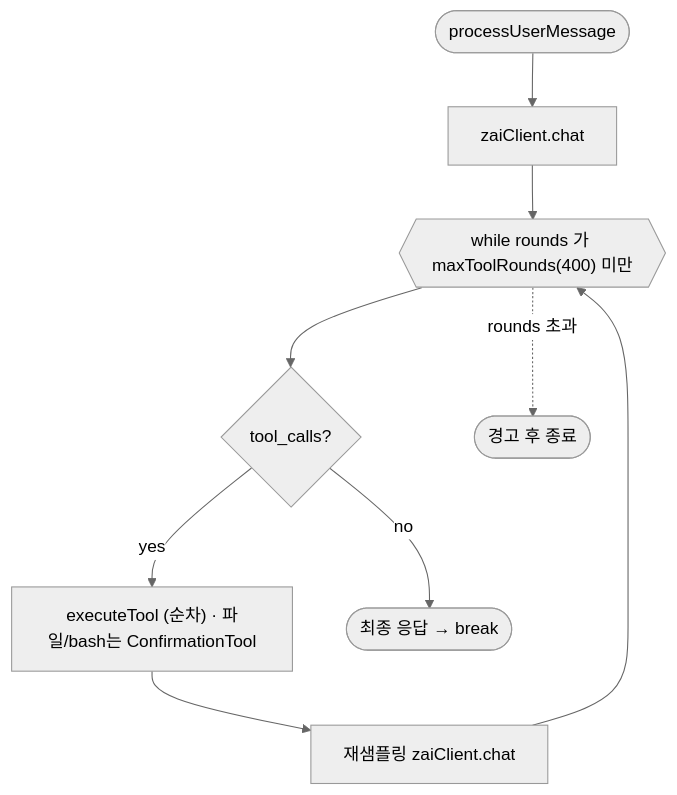
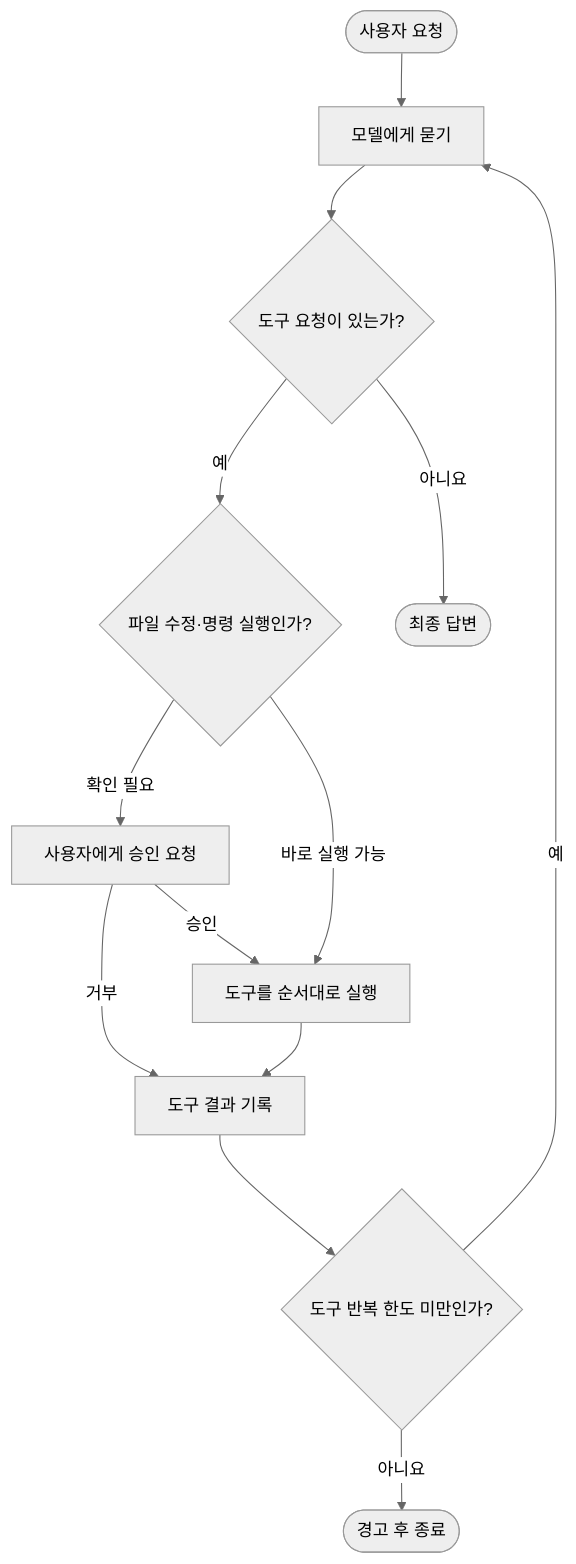
The first of 2 diagrams in turnloop/zai-glm-cli.md (hikaMaeng/agentreport), drawn with Mermaid (neutral theme) before and after one commit. The commit also changed other lines of this file and 6 other files, not shown here.

````diff
--- a/turnloop/zai-glm-cli.md
+++ b/turnloop/zai-glm-cli.md
@@ -87,10 +17,15 @@
 ```mermaid
 flowchart TD
-    Start(["processUserMessage"]) --> Chat["zaiClient.chat"]
-    Chat --> Loop{{"while rounds 가 maxToolRounds(400) 미만"}}
-    Loop --> HasTool{"tool_calls?"}
-    HasTool -->|"yes"| Exec["executeTool (순차) · 파일/bash는 ConfirmationTool"]
-    Exec --> Rechat["재샘플링 zaiClient.chat"] --> Loop
-    HasTool -->|"no"| End(["최종 응답 → break"])
-    Loop -. "rounds 초과" .-> Warn(["경고 후 종료"])
+    Start(["사용자 요청"]) --> Model["모델에게 묻기"]
+    Model --> Decision{"도구 요청이 있는가?"}
+    Decision -->|"예"| Confirm{"파일 수정·명령 실행인가?"}
+    Confirm -->|"확인 필요"| User["사용자에게 승인 요청"]
+    User -->|"승인"| Run["도구를 순서대로 실행"]
+    User -->|"거부"| Result["거부 결과 기록"]
+    Confirm -->|"바로 실행 가능"| Run
+    Run --> Result["도구 결과 기록"]
+    Result --> Count{"도구 반복 한도 미만인가?"}
+    Count -->|"예"| Model
+    Count -->|"아니요"| Warn(["경고 후 종료"])
+    Decision -->|"아니요"| Done(["최종 답변"])
 ```
````
